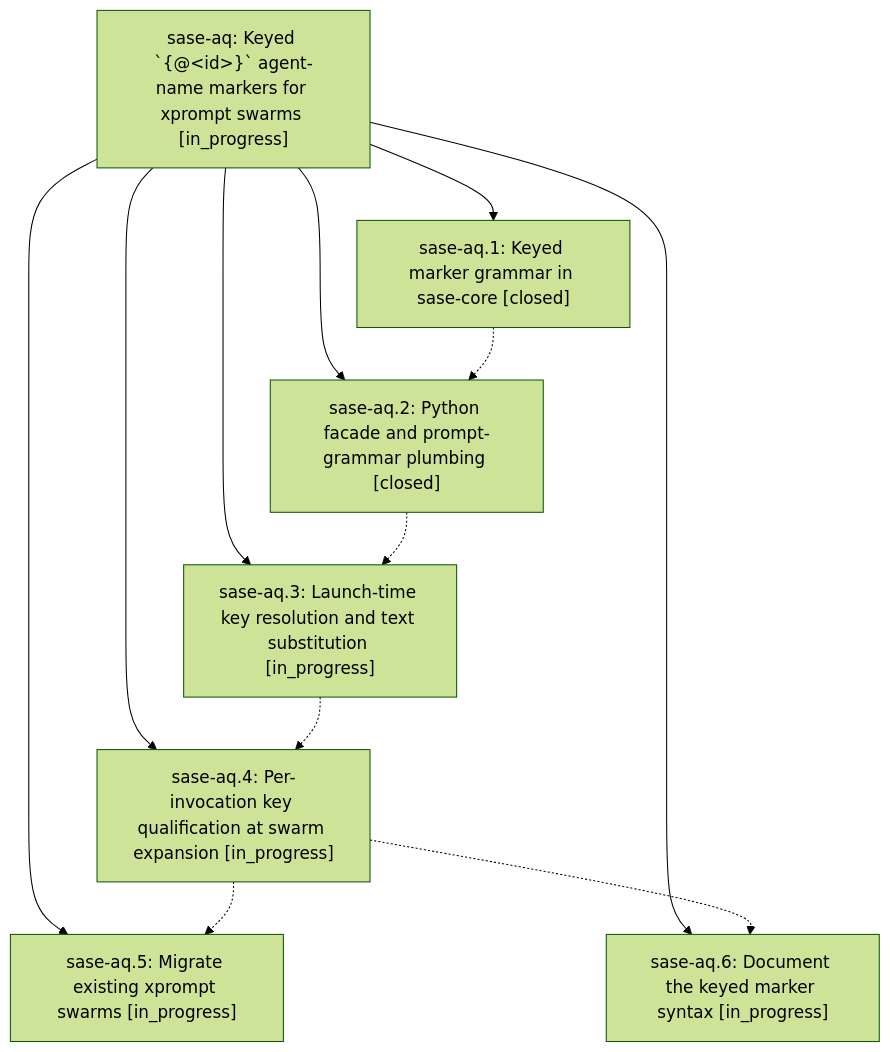
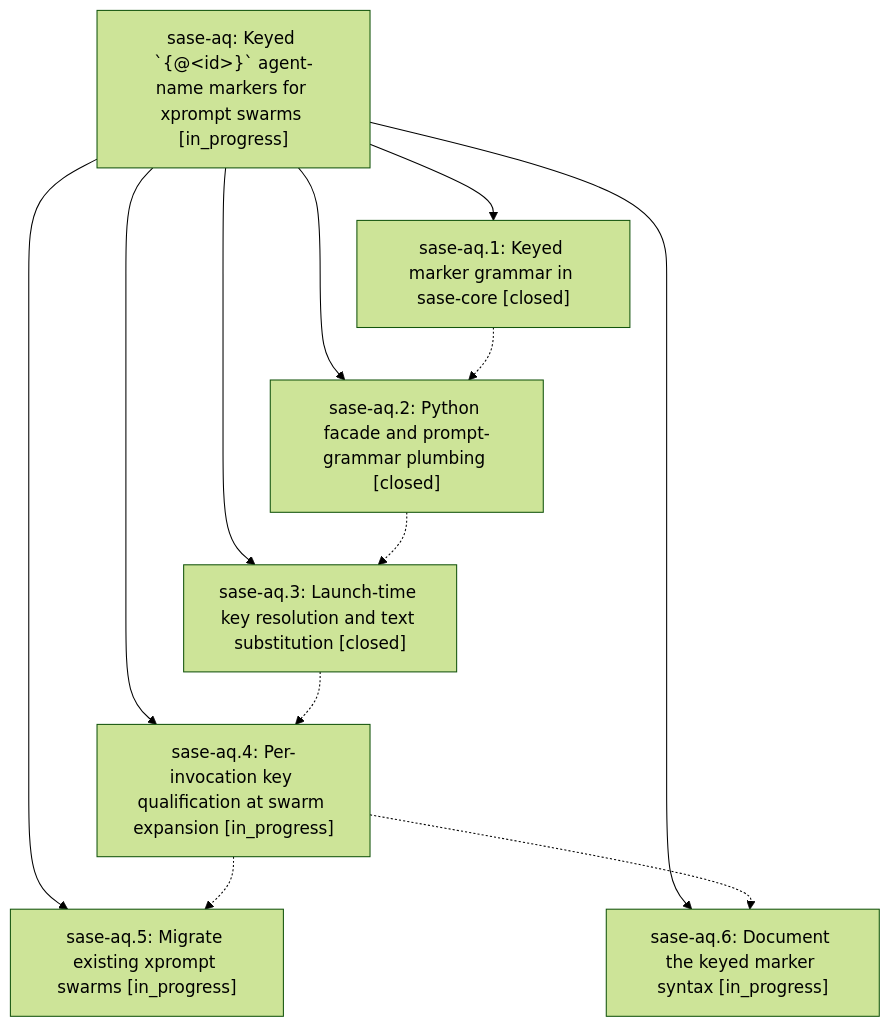
Before and after one commit to sase-org/sase--beads: the diagram in pages/sase-aq/README.md, drawn with Mermaid (forest theme). The commit also changed other lines of this file and 3 other files, not shown here.

````diff
--- a/pages/sase-aq/README.md
+++ b/pages/sase-aq/README.md
@@ -27,21 +27,21 @@
 ```mermaid
 flowchart TD
     n0["sase-aq: Keyed `{@&lt;id&gt;}` agent-name markers for xprompt swarms [in_progress]"]
     n1["sase-aq.1: Keyed marker grammar in sase-core [closed]"]
     n2["sase-aq.2: Python facade and prompt-grammar plumbing [closed]"]
-    n3["sase-aq.3: Launch-time key resolution and text substitution [in_progress]"]
+    n3["sase-aq.3: Launch-time key resolution and text substitution [closed]"]
     n4["sase-aq.4: Per-invocation key qualification at swarm expansion [in_progress]"]
     n5["sase-aq.5: Migrate existing xprompt swarms [in_progress]"]
     n6["sase-aq.6: Document the keyed marker syntax [in_progress]"]
     n0 --> n1
     n0 --> n2
     n0 --> n3
     n0 --> n4
     n0 --> n5
     n0 --> n6
     n1 -.-> n2
     n2 -.-> n3
     n3 -.-> n4
     n4 -.-> n5
     n4 -.-> n6
 ```
````
